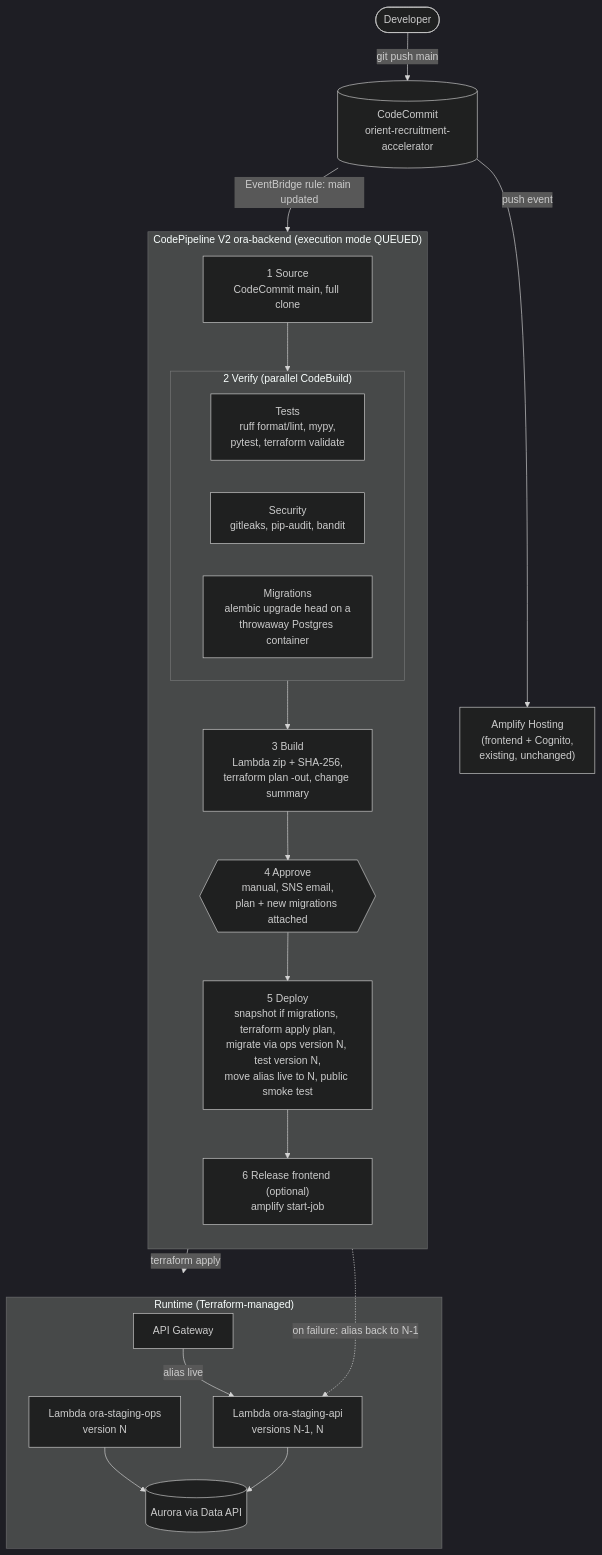
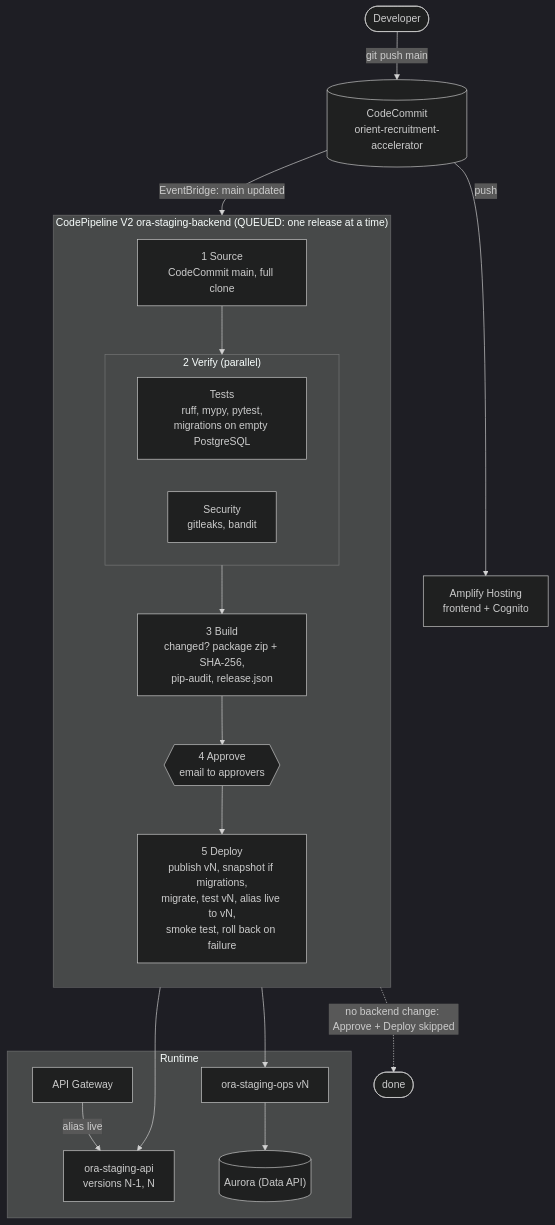
One commit to krutikakhenat-orient/orient-recruitment-accelerator changed the diagram in Orient_Internal_AI_Deployment/docs/backend-cicd-pipeline.md. Above: the diagram before and after it, drawn with Mermaid (dark theme). The commit also changed other lines of this file and 9 other files, not shown here.

First line of the commit message:
feat(deploy): code-only backend release pipeline; Terraform stays local

````diff
--- a/Orient_Internal_AI_Deployment/docs/backend-cicd-pipeline.md
+++ b/Orient_Internal_AI_Deployment/docs/backend-cicd-pipeline.md
@@ -16,31 +12,29 @@
 ```mermaid
 flowchart TB
   dev([Developer]) -->|git push main| cc[(CodeCommit<br/>orient-recruitment-accelerator)]
-  cc -->|push event| amp["Amplify Hosting<br/>(frontend + Cognito,<br/>existing, unchanged)"]
-  cc -->|EventBridge rule: main updated| pl
+  cc -->|push| amp["Amplify Hosting<br/>frontend + Cognito"]
+  cc -->|EventBridge: main updated| src
 
-  subgraph pl["CodePipeline V2 ora-backend (execution mode QUEUED)"]
+  subgraph pl["CodePipeline V2 ora-staging-backend (QUEUED: one release at a time)"]
     direction TB
     src["1 Source<br/>CodeCommit main, full clone"]
-    subgraph ver["2 Verify (parallel CodeBuild)"]
+    subgraph ver["2 Verify (parallel)"]
       direction LR
-      t["Tests<br/>ruff format/lint, mypy,<br/>pytest, terraform validate"]
-      s["Security<br/>gitleaks, pip-audit, bandit"]
-      m["Migrations<br/>alembic upgrade head on a<br/>throwaway Postgres container"]
+      t["Tests<br/>ruff, mypy, pytest,<br/>migrations on empty PostgreSQL"]
+      s["Security<br/>gitleaks, bandit"]
     end
-    b["3 Build<br/>Lambda zip + SHA-256,<br/>terraform plan -out, change summary"]
-    a{{"4 Approve<br/>manual, SNS email,<br/>plan + new migrations attached"}}
-    d["5 Deploy<br/>snapshot if migrations, terraform apply plan,<br/>migrate via ops version N, test version N,<br/>move alias live to N, public smoke test"]
-    r["6 Release frontend (optional)<br/>amplify start-job"]
-    src --> ver --> b --> a --> d --> r
+    b["3 Build<br/>changed? package zip + SHA-256,<br/>pip-audit, release.json"]
+    a{{"4 Approve<br/>email to approvers"}}
+    d["5 Deploy<br/>publish vN, snapshot if migrations,<br/>migrate, test vN, alias live to vN,<br/>smoke test, roll back on failure"]
+    src --> ver --> b --> a --> d
   end
 
-  subgraph aws["Runtime (Terraform-managed)"]
-    apigw["API Gateway"] -->|alias live| api["Lambda ora-staging-api<br/>versions N-1, N"]
-    ops["Lambda ora-staging-ops<br/>version N"] --> db[("Aurora via Data API")]
-    api --> db
+  b -. "no backend change: Approve + Deploy skipped" .-> skip([done])
+
+  subgraph run["Runtime"]
+    gw["API Gateway"] -->|alias live| api["ora-staging-api<br/>versions N-1, N"]
+    ops["ora-staging-ops vN"] --> db[("Aurora (Data API)")]
   end
-
-  d -->|terraform apply| aws
-  d -.->|on failure: alias back to N-1| api
+  d --> api
+  d --> ops
 ```
````
